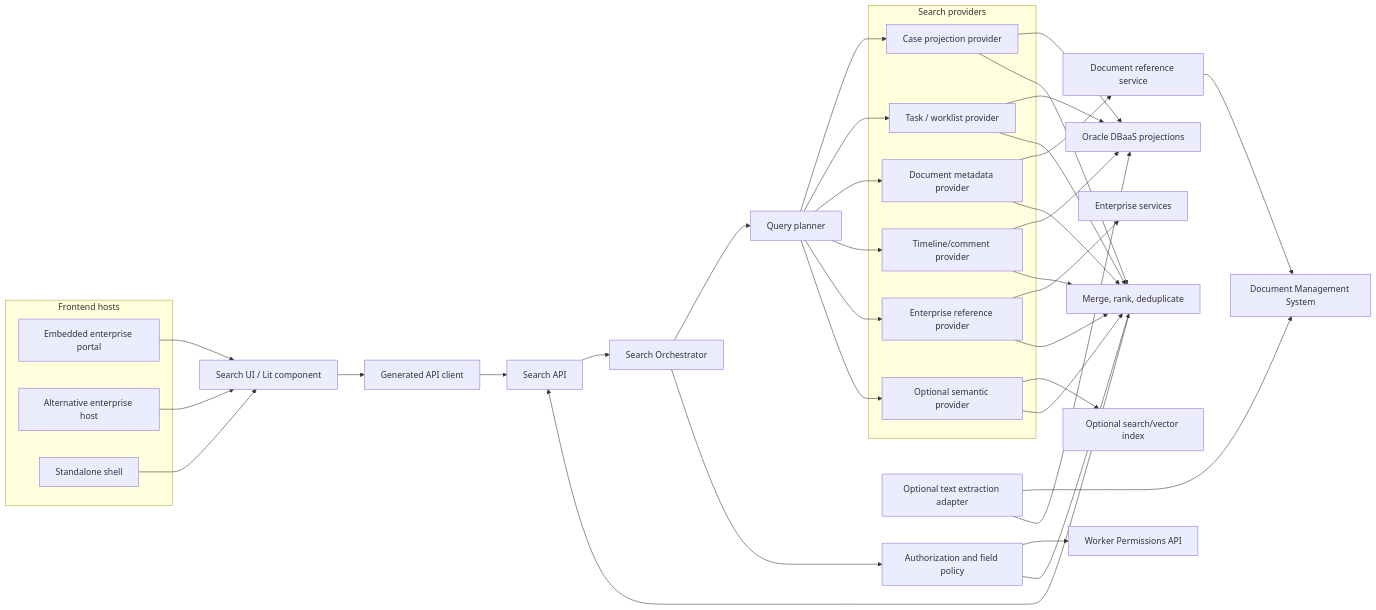
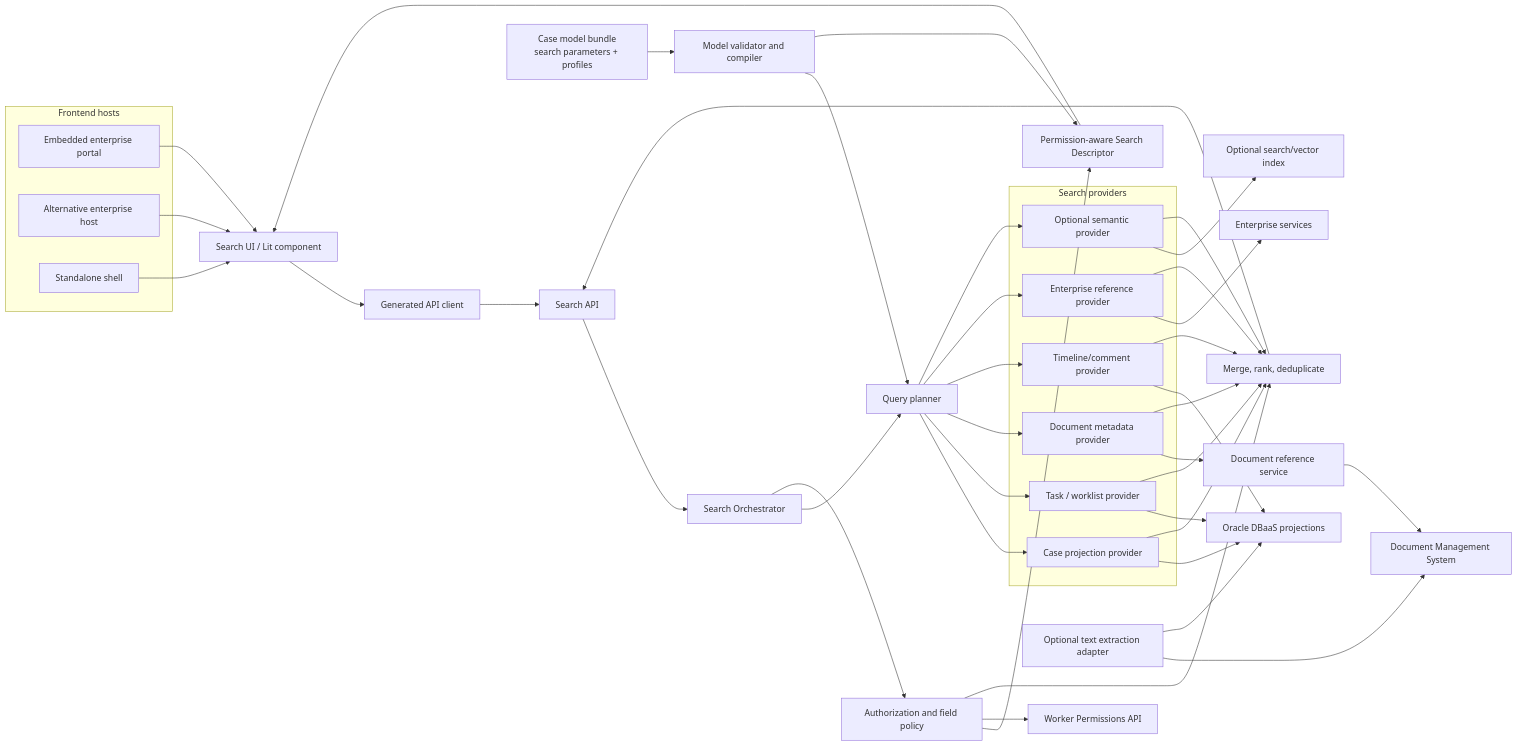
The first of 3 diagrams in docs/search-architecture.md (Ronrock/case-management-design), drawn with Mermaid before and after one commit. The commit also changed other lines of this file and 5 other files, not shown here.

Commit message:
docs: integrate declarative model and search architecture

````diff
--- a/docs/search-architecture.md
+++ b/docs/search-architecture.md
@@ -26,64 +35,72 @@
 ```mermaid
 flowchart LR
   subgraph Hosts["Frontend hosts"]
     embeddedA["Embedded enterprise portal"]
     embeddedB["Alternative enterprise host"]
     shell["Standalone shell"]
   end
 
   component["Search UI / Lit component"]
   client["Generated API client"]
   api["Search API"]
+  descriptor["Permission-aware Search Descriptor"]
   orchestrator["Search Orchestrator"]
   planner["Query planner"]
   auth["Authorization and field policy"]
   wp["Worker Permissions API"]
   merge["Merge, rank, deduplicate"]
+  model["Case model bundle\nsearch parameters + profiles"]
+  compiler["Model validator and compiler"]
 
   subgraph Providers["Search providers"]
     cases["Case projection provider"]
     tasks["Task / worklist provider"]
     docs["Document metadata provider"]
     timeline["Timeline/comment provider"]
     enterprise["Enterprise reference provider"]
     semantic["Optional semantic provider"]
   end
 
   oracle["Oracle DBaaS projections"]
   documentService["Document reference service"]
   dms["Document Management System"]
   extractor["Optional text extraction adapter"]
   enterpriseServices["Enterprise services"]
   vector["Optional search/vector index"]
 
+  model --> compiler
+  compiler --> planner
+  compiler --> descriptor
+  auth --> descriptor
+  descriptor --> component
   embeddedA --> component
   embeddedB --> component
   shell --> component
   component --> client --> api --> orchestrator
   orchestrator --> planner
   orchestrator --> auth
   auth --> wp
   planner --> cases
   planner --> tasks
   planner --> docs
   planner --> timeline
   planner --> enterprise
   planner --> semantic
   cases --> oracle
   tasks --> oracle
   timeline --> oracle
   docs --> documentService
   documentService --> dms
   extractor --> dms
   extractor --> oracle
   enterprise --> enterpriseServices
   semantic --> vector
   cases --> merge
   tasks --> merge
   docs --> merge
   timeline --> merge
   enterprise --> merge
   semantic --> merge
   auth --> merge
   merge --> api
 ```
````
